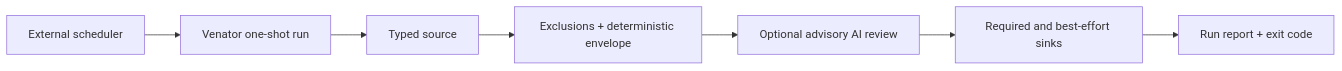
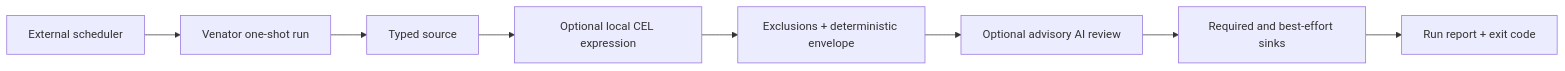
The diagram in README.md (0x4D31/venator), drawn with Mermaid before and after one commit. The commit also changed other lines of this file and 37 other files, not shown here.

````diff
--- a/README.md
+++ b/README.md
@@ -33,9 +33,10 @@
 ```mermaid
 flowchart LR
   A["External scheduler"] --> V["Venator one-shot run"]
   V --> S["Typed source"]
-  S --> E["Exclusions + deterministic envelope"]
+  S --> F["Optional local CEL expression"]
+  F --> E["Exclusions + deterministic envelope"]
   E --> R["Optional advisory AI review"]
   R --> P["Required and best-effort sinks"]
   P --> X["Run report + exit code"]
 ```
````
